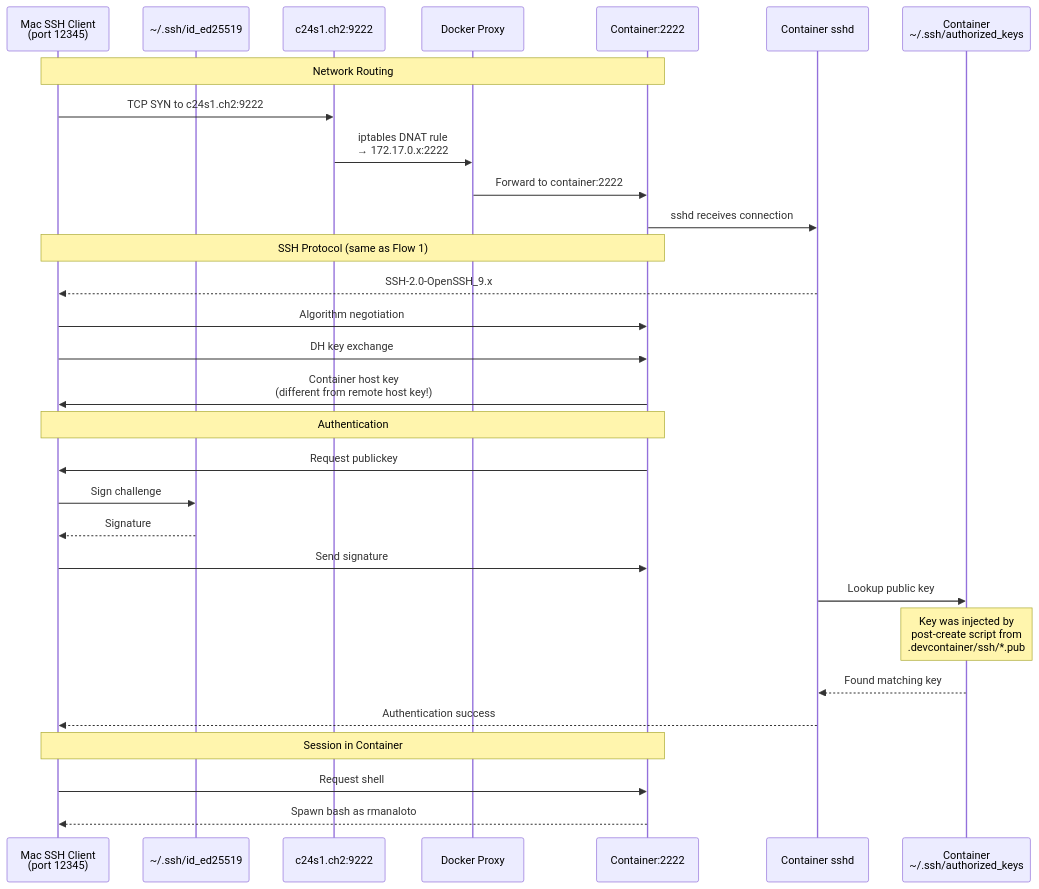
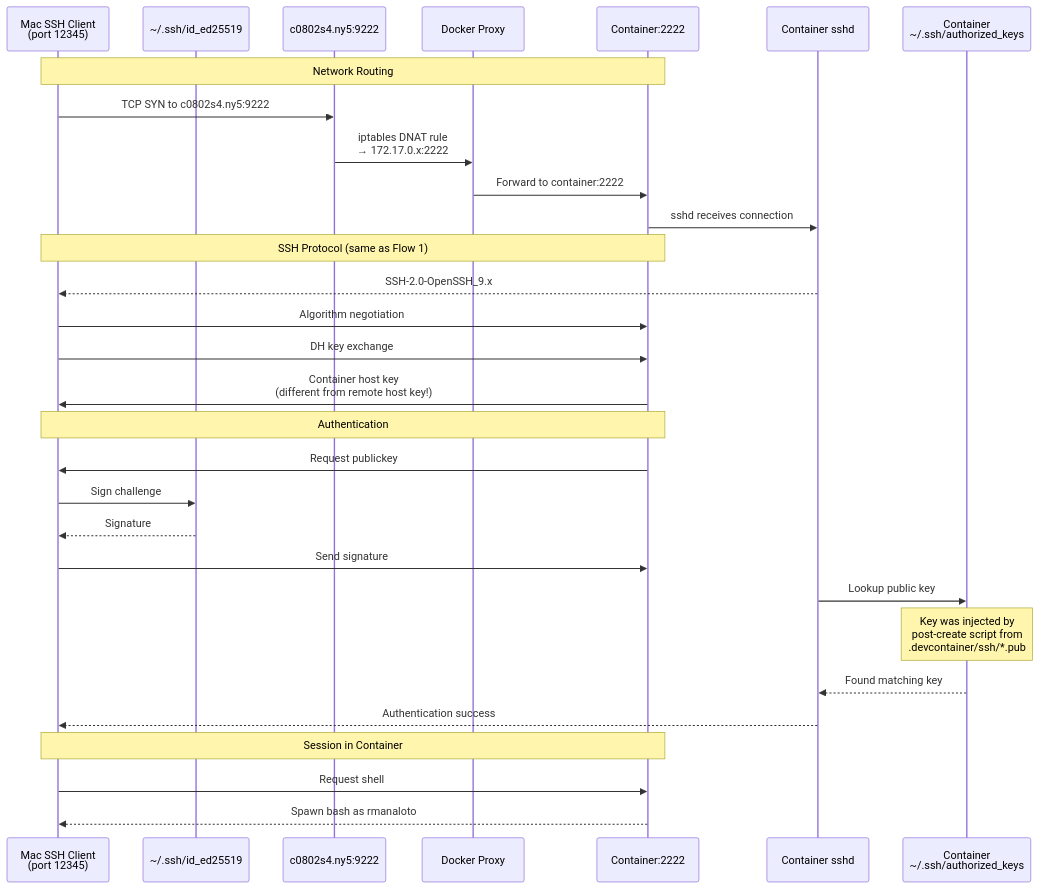
The eighth of 23 diagrams in docs/WORKFLOW_DIAGRAMS.md (rmanaloto-tastytrade/SlotMap), drawn with Mermaid before and after one commit. The commit also changed other lines of this file and 14 other files, not shown here.

````diff
--- a/docs/WORKFLOW_DIAGRAMS.md
+++ b/docs/WORKFLOW_DIAGRAMS.md
@@ -383,37 +383,37 @@
 ```mermaid
 sequenceDiagram
     participant Mac as Mac SSH Client<br/>(port 12345)
     participant PrivKey as ~/.ssh/id_ed25519
-    participant HostNet as c24s1.ch2:9222
+    participant HostNet as c0802s4.ny5:9222
     participant DockerProxy as Docker Proxy
     participant Container as Container:2222
     participant ContainerSSHD as Container sshd
     participant ContainerAuth as Container<br/>~/.ssh/authorized_keys
 
     Note over Mac,Container: Network Routing
-    Mac->>HostNet: TCP SYN to c24s1.ch2:9222
+    Mac->>HostNet: TCP SYN to c0802s4.ny5:9222
     HostNet->>DockerProxy: iptables DNAT rule<br/>→ 172.17.0.x:2222
     DockerProxy->>Container: Forward to container:2222
     Container->>ContainerSSHD: sshd receives connection
 
     Note over Mac,Container: SSH Protocol (same as Flow 1)
     ContainerSSHD-->>Mac: SSH-2.0-OpenSSH_9.x
     Mac->>Container: Algorithm negotiation
     Mac->>Container: DH key exchange
     Container->>Mac: Container host key<br/>(different from remote host key!)
 
     Note over Mac,Container: Authentication
     Container->>Mac: Request publickey
     Mac->>PrivKey: Sign challenge
     PrivKey-->>Mac: Signature
     Mac->>Container: Send signature
 
     ContainerSSHD->>ContainerAuth: Lookup public key
     Note over ContainerAuth: Key was injected by<br/>post-create script from<br/>.devcontainer/ssh/*.pub
     ContainerAuth-->>ContainerSSHD: Found matching key
     ContainerSSHD-->>Mac: Authentication success
 
     Note over Mac,Container: Session in Container
     Mac->>Container: Request shell
     Container-->>Mac: Spawn bash as rmanaloto
 ```
````
